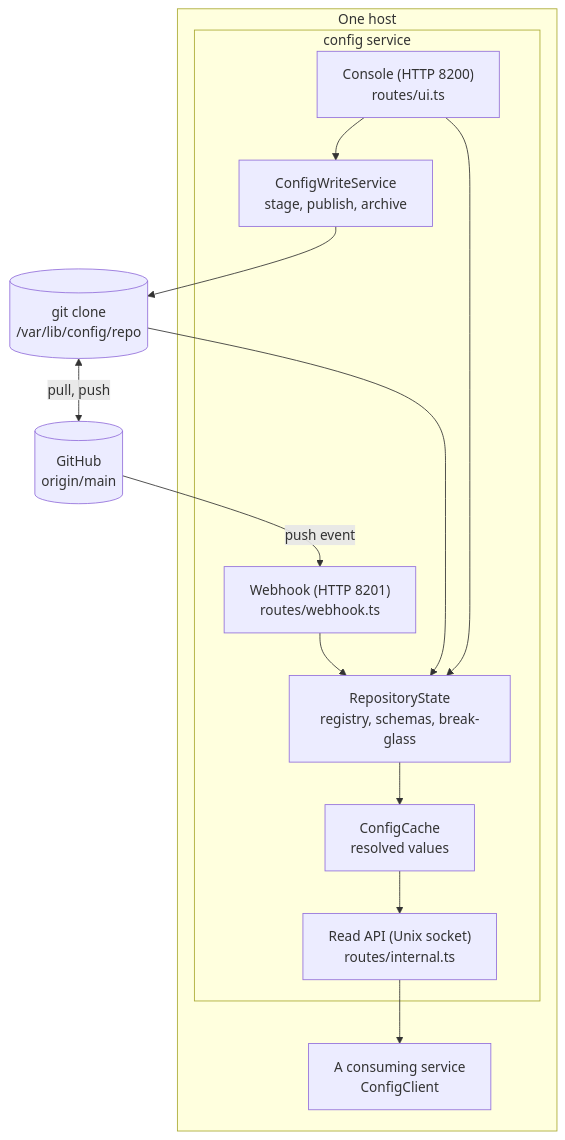
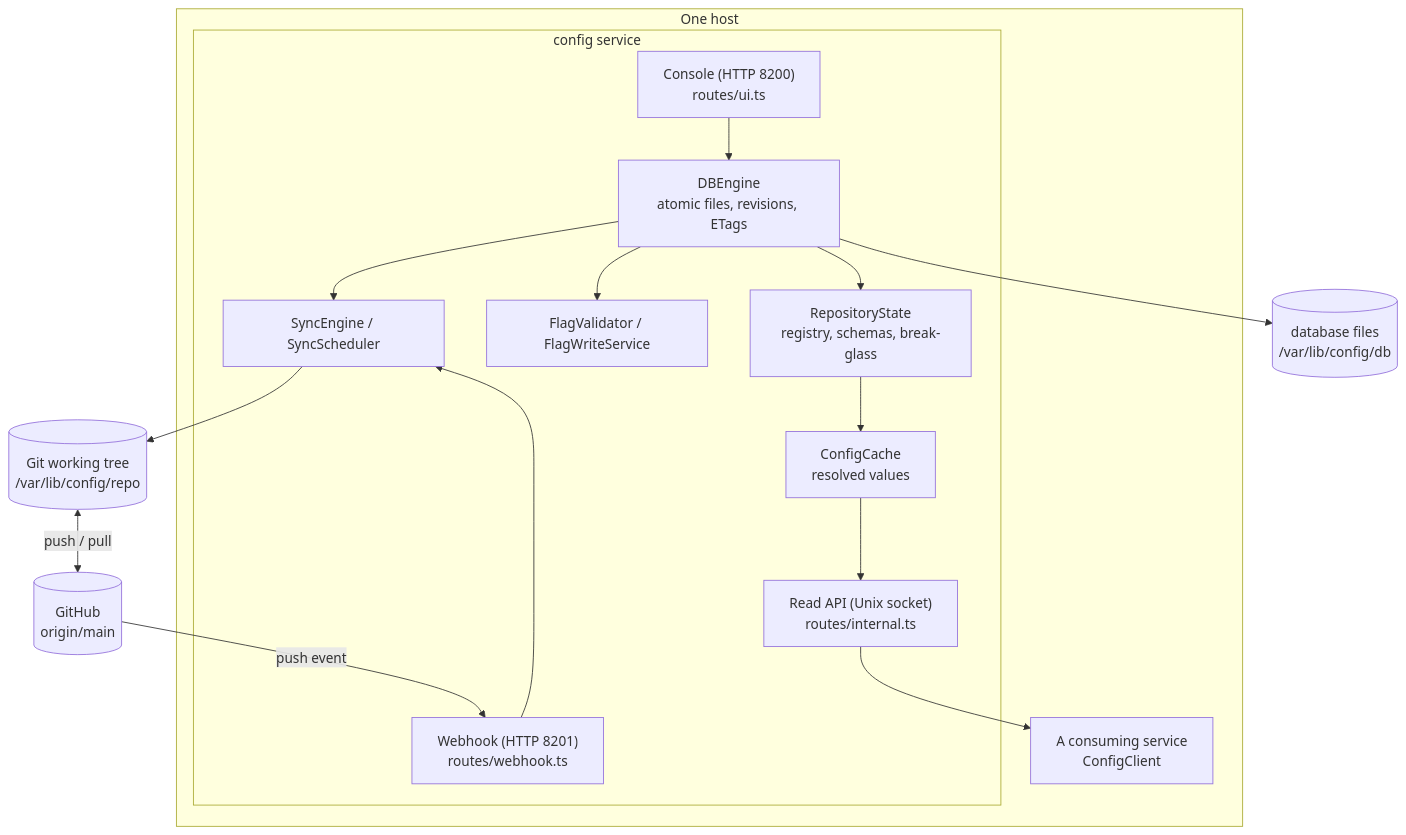
One commit to AnudeepChPaul/config.anudeep.pro changed the first of 2 diagrams in docs/architecture.md. Above: the diagram before and after it, drawn with Mermaid. The commit also changed other lines of this file and 85 other files, not shown here.

````diff
--- a/docs/architecture.md
+++ b/docs/architecture.md
@@ -16,23 +18,28 @@
 ```mermaid
 flowchart TD
     subgraph host["One host"]
         subgraph service["config service"]
             Console["Console (HTTP 8200)<br/>routes/ui.ts"]
             ReadAPI["Read API (Unix socket)<br/>routes/internal.ts"]
             Webhook["Webhook (HTTP 8201)<br/>routes/webhook.ts"]
             State["RepositoryState<br/>registry, schemas, break-glass"]
             Cache["ConfigCache<br/>resolved values"]
-            Write["ConfigWriteService<br/>stage, publish, archive"]
+            DB["DBEngine<br/>atomic files, revisions, ETags"]
+            Flags["FlagValidator / FlagWriteService"]
+            Sync["SyncEngine / SyncScheduler"]
         end
         Consumer["A consuming service<br/>ConfigClient"]
     end
-    Repo[("git clone<br/>/var/lib/config/repo")]
+    Repo[("Git working tree<br/>/var/lib/config/repo")]
+    DBFiles[("database files<br/>/var/lib/config/db")]
     GitHub[("GitHub<br/>origin/main")]
 
-    Console --> Write --> Repo
-    Repo --> State --> Cache
+    Console --> DB
+    DB --> Flags
+    DB --> State --> Cache
     Cache --> ReadAPI --> Consumer
-    Repo <-->|"pull, push"| GitHub
-    GitHub -->|"push event"| Webhook --> State
-    Console --> State
+    DB --> Sync --> Repo
+    Repo <-->|"push / pull"| GitHub
+    GitHub -->|"push event"| Webhook --> Sync
+    DB --> DBFiles
 ```
````
